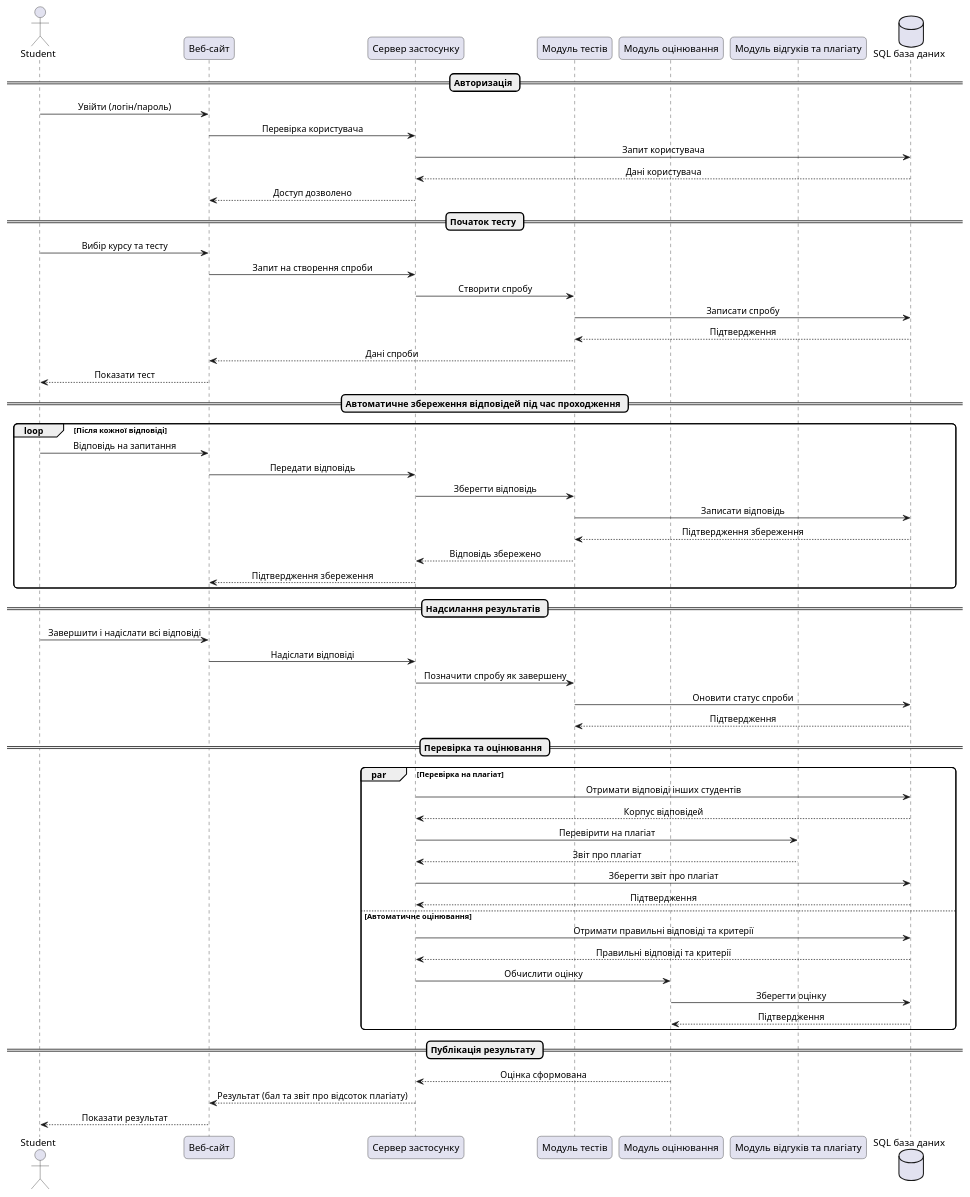
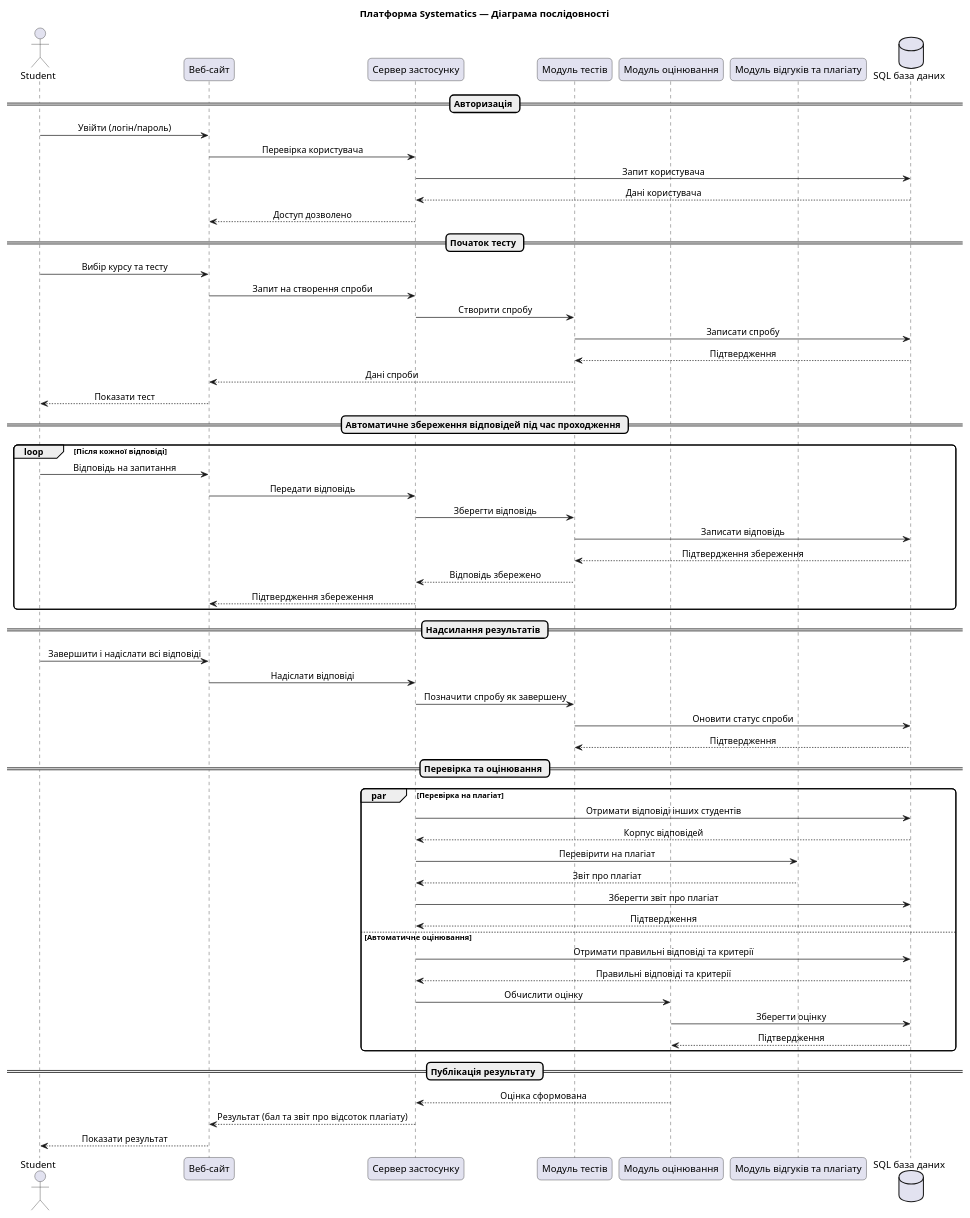
Before and after one commit to ukma-cs-ssdm-2025/team-systematics: the diagram in docs/architecture/uml/Sequence_diagram.puml, drawn with PlantUML.

Commit message:
docs: add title to sequence diagram

```diff
--- a/docs/architecture/uml/Sequence_diagram.puml
+++ b/docs/architecture/uml/Sequence_diagram.puml
@@ -1,70 +1,72 @@
 @startuml Systematics_Sequence
+title Платформа Systematics — Діаграма послідовності
+
 skinparam shadowing false
 skinparam roundcorner 12
 skinparam wrapWidth 240
 skinparam sequenceMessageAlign center
 
 actor Student as S
 participant "Веб-сайт" as Web
 participant "Сервер застосунку" as Backend
 participant "Модуль тестів" as Tests
 participant "Модуль оцінювання" as Grades
 participant "Модуль відгуків та плагіату" as Feedback
 database "SQL база даних" as DB
 
 == Авторизація ==
 S -> Web : Увійти (логін/пароль)
 Web -> Backend : Перевірка користувача
 Backend -> DB : Запит користувача
 DB --> Backend : Дані користувача
 Backend --> Web : Доступ дозволено
 
 == Початок тесту ==
 S -> Web : Вибір курсу та тесту
 Web -> Backend : Запит на створення спроби
 Backend -> Tests : Створити спробу
 Tests -> DB : Записати спробу
 DB --> Tests : Підтвердження
 Tests --> Web : Дані спроби
 Web --> S : Показати тест
 
 == Автоматичне збереження відповідей під час проходження ==
 loop Після кожної відповіді
   S -> Web : Відповідь на запитання
   Web -> Backend : Передати відповідь
   Backend -> Tests : Зберегти відповідь
   Tests -> DB : Записати відповідь
   DB --> Tests : Підтвердження збереження
   Tests --> Backend : Відповідь збережено
   Backend --> Web : Підтвердження збереження
 end
 
 == Надсилання результатів ==
 S -> Web : Завершити і надіслати всі відповіді
 Web -> Backend : Надіслати відповіді
 Backend -> Tests : Позначити спробу як завершену
 Tests -> DB : Оновити статус спроби
 DB --> Tests : Підтвердження
 
 == Перевірка та оцінювання ==
 par Перевірка на плагіат
   Backend -> DB : Отримати відповіді інших студентів
   DB --> Backend : Корпус відповідей
   Backend -> Feedback : Перевірити на плагіат
   Feedback --> Backend : Звіт про плагіат
   Backend -> DB : Зберегти звіт про плагіат
   DB --> Backend : Підтвердження
 else Автоматичне оцінювання
   Backend -> DB : Отримати правильні відповіді та критерії
   DB --> Backend : Правильні відповіді та критерії
   Backend -> Grades : Обчислити оцінку
   Grades -> DB : Зберегти оцінку
   DB --> Grades : Підтвердження
 end
 
 == Публікація результату ==
 Grades --> Backend : Оцінка сформована
 Backend --> Web : Результат (бал та звіт про відсоток плагіату)
 Web --> S : Показати результат
 
 @enduml
```
